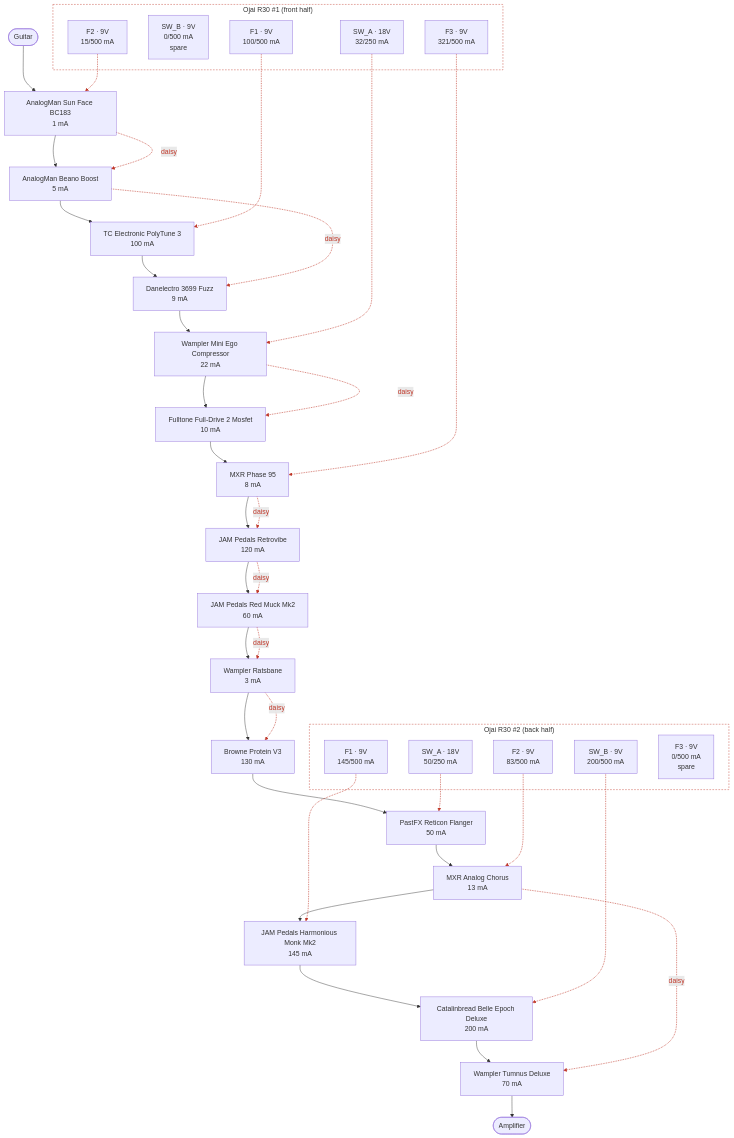
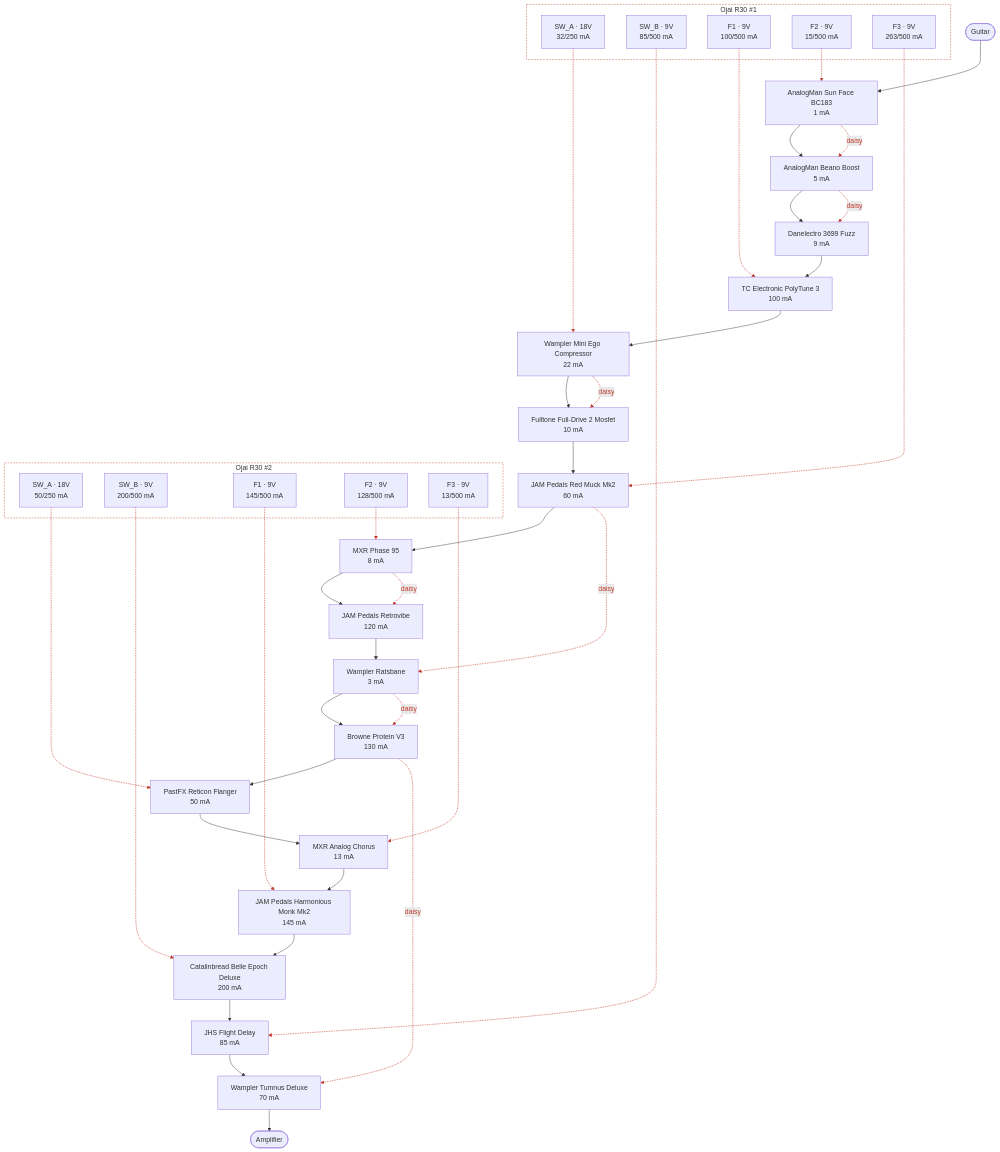
The diagram in projects/guitar-gig/README.md (pedroacvieira/pedalboard), drawn with Mermaid before and after one commit. The commit also changed other lines of this file and 11 other files, not shown here.

````diff
--- a/projects/guitar-gig/README.md
+++ b/projects/guitar-gig/README.md
@@ -11,71 +11,74 @@
 ```mermaid
 flowchart TB
     guitar(["Guitar"])
     amp(["Amplifier"])
     sun_face["AnalogMan Sun Face BC183<br/>1 mA"]
     beano["AnalogMan Beano Boost<br/>5 mA"]
+    danelectro_3699["Danelectro 3699 Fuzz<br/>9 mA"]
     polytune_3["TC Electronic PolyTune 3<br/>100 mA"]
-    danelectro_3699["Danelectro 3699 Fuzz<br/>9 mA"]
     mini_ego["Wampler Mini Ego Compressor<br/>22 mA"]
     fulldrive_2["Fulltone Full-Drive 2 Mosfet<br/>10 mA"]
+    red_muck["JAM Pedals Red Muck Mk2<br/>60 mA"]
     phase_95["MXR Phase 95<br/>8 mA"]
     retrovibe["JAM Pedals Retrovibe<br/>120 mA"]
-    red_muck["JAM Pedals Red Muck Mk2<br/>60 mA"]
     ratsbane["Wampler Ratsbane<br/>3 mA"]
     protein["Browne Protein V3<br/>130 mA"]
     reticon["PastFX Reticon Flanger<br/>50 mA"]
     analog_chorus["MXR Analog Chorus<br/>13 mA"]
     monk["JAM Pedals Harmonious Monk Mk2<br/>145 mA"]
     belle_epoch["Catalinbread Belle Epoch Deluxe<br/>200 mA"]
+    flight_delay["JHS Flight Delay<br/>85 mA"]
     tumnus_deluxe["Wampler Tumnus Deluxe<br/>70 mA"]
     guitar --> sun_face
     sun_face --> beano
-    beano --> polytune_3
-    polytune_3 --> danelectro_3699
-    danelectro_3699 --> mini_ego
+    beano --> danelectro_3699
+    danelectro_3699 --> polytune_3
+    polytune_3 --> mini_ego
     mini_ego --> fulldrive_2
-    fulldrive_2 --> phase_95
+    fulldrive_2 --> red_muck
+    red_muck --> phase_95
     phase_95 --> retrovibe
-    retrovibe --> red_muck
-    red_muck --> ratsbane
+    retrovibe --> ratsbane
     ratsbane --> protein
     protein --> reticon
     reticon --> analog_chorus
     analog_chorus --> monk
     monk --> belle_epoch
-    belle_epoch --> tumnus_deluxe
+    belle_epoch --> flight_delay
+    flight_delay --> tumnus_deluxe
     tumnus_deluxe --> amp
-    subgraph psu1["Ojai R30 #1 (front half)"]
+    subgraph psu1["Ojai R30 #1"]
         psu1_SW_A["SW_A · 18V<br/>32/250 mA"]
-        psu1_SW_B["SW_B · 9V<br/>0/500 mA<br/>spare"]
+        psu1_SW_B["SW_B · 9V<br/>85/500 mA"]
         psu1_F1["F1 · 9V<br/>100/500 mA"]
         psu1_F2["F2 · 9V<br/>15/500 mA"]
-        psu1_F3["F3 · 9V<br/>321/500 mA"]
+        psu1_F3["F3 · 9V<br/>263/500 mA"]
     end
     psu1_SW_A -.-> mini_ego
     mini_ego -.->|daisy| fulldrive_2
+    psu1_SW_B -.-> flight_delay
     psu1_F1 -.-> polytune_3
     psu1_F2 -.-> sun_face
     sun_face -.->|daisy| beano
     beano -.->|daisy| danelectro_3699
-    psu1_F3 -.-> phase_95
-    phase_95 -.->|daisy| retrovibe
-    retrovibe -.->|daisy| red_muck
+    psu1_F3 -.-> red_muck
     red_muck -.->|daisy| ratsbane
     ratsbane -.->|daisy| protein
-    subgraph psu2["Ojai R30 #2 (back half)"]
+    protein -.->|daisy| tumnus_deluxe
+    subgraph psu2["Ojai R30 #2"]
         psu2_SW_A["SW_A · 18V<br/>50/250 mA"]
         psu2_SW_B["SW_B · 9V<br/>200/500 mA"]
         psu2_F1["F1 · 9V<br/>145/500 mA"]
-        psu2_F2["F2 · 9V<br/>83/500 mA"]
-        psu2_F3["F3 · 9V<br/>0/500 mA<br/>spare"]
+        psu2_F2["F2 · 9V<br/>128/500 mA"]
+        psu2_F3["F3 · 9V<br/>13/500 mA"]
     end
     psu2_SW_A -.-> reticon
     psu2_SW_B -.-> belle_epoch
     psu2_F1 -.-> monk
-    psu2_F2 -.-> analog_chorus
-    analog_chorus -.->|daisy| tumnus_deluxe
-    linkStyle 17,18,19,20,21,22,23,24,25,26,27,28,29,30,31,32 stroke:#c0392b,stroke-width:1.5px,color:#c0392b
+    psu2_F2 -.-> phase_95
+    phase_95 -.->|daisy| retrovibe
+    psu2_F3 -.-> analog_chorus
+    linkStyle 18,19,20,21,22,23,24,25,26,27,28,29,30,31,32,33,34 stroke:#c0392b,stroke-width:1.5px,color:#c0392b
     style psu1 fill:none,stroke:#c0392b,stroke-dasharray:4 3
     style psu2 fill:none,stroke:#c0392b,stroke-dasharray:4 3
 ```
````
